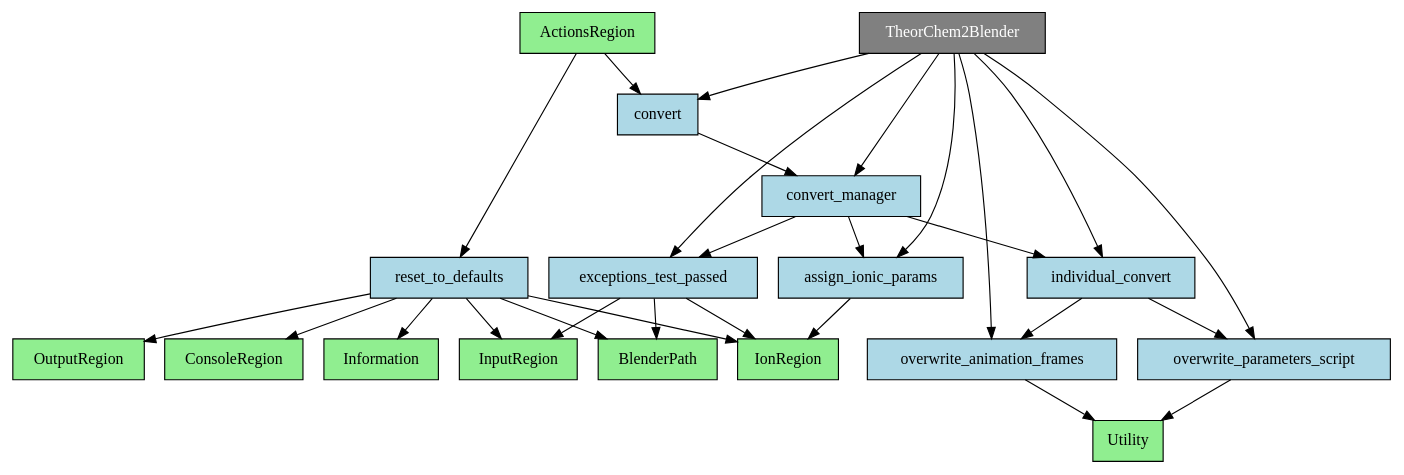
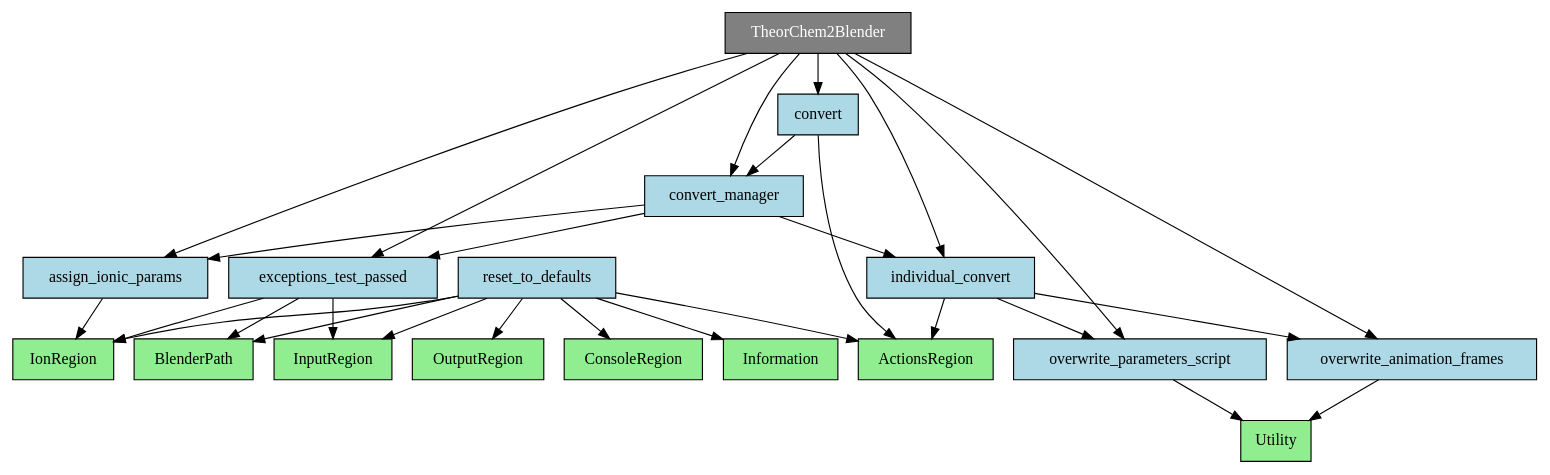
One commit to eecheve/Gaussian-2-Blender changed the third of 3 diagrams in docs/components.rst. Above: the diagram before and after it, drawn with Graphviz. The commit also changed other lines of this file, not shown here.

Commit message:
Components diagram updated
Components diagram modified

```diff
--- a/docs/components.rst
+++ b/docs/components.rst
@@ -133,60 +130,62 @@
 .. graphviz::
 
    digraph GUI {
       node [shape=box, style=filled];
 
       TheorChem2Blender [fillcolor=gray, fontcolor=white, color=black, style=filled, shape=box];
 
       assign_ionic_params [fillcolor=lightblue];
       convert [fillcolor=lightblue];
       convert_manager [fillcolor=lightblue];
       exceptions_test_passed [fillcolor=lightblue];
       individual_convert [fillcolor=lightblue];
       overwrite_animation_frames [fillcolor=lightblue];
       overwrite_parameters_script [fillcolor=lightblue];
       reset_to_defaults [fillcolor=lightblue];
 
       IonRegion [fillcolor=lightgreen];
       Utility [fillcolor=lightgreen];
       ActionsRegion [fillcolor=lightgreen];
       BlenderPath [fillcolor=lightgreen];
       OutputRegion [fillcolor=lightgreen];
       InputRegion [fillcolor=lightgreen];
       ConsoleRegion [fillcolor=lightgreen];
       Information [fillcolor=lightgreen];
 
       TheorChem2Blender -> assign_ionic_params;
       TheorChem2Blender -> convert;
       TheorChem2Blender -> convert_manager;
       TheorChem2Blender -> exceptions_test_passed;
       TheorChem2Blender -> individual_convert;
       TheorChem2Blender -> overwrite_animation_frames;
       TheorChem2Blender -> overwrite_parameters_script;
 
       assign_ionic_params -> IonRegion;
 
-      ActionsRegion -> convert;
-      ActionsRegion -> reset_to_defaults;
+      convert -> ActionsRegion;
+      reset_to_defaults -> ActionsRegion;
+      individual_convert -> ActionsRegion;
+
       convert -> convert_manager;
 
       convert_manager -> exceptions_test_passed;
       convert_manager -> assign_ionic_params;
       convert_manager -> individual_convert;
 
       exceptions_test_passed -> BlenderPath;
       exceptions_test_passed -> InputRegion;
       exceptions_test_passed -> IonRegion;
 
       individual_convert -> overwrite_animation_frames;
       individual_convert -> overwrite_parameters_script;
 
       overwrite_animation_frames -> Utility;
       overwrite_parameters_script -> Utility;
 
       reset_to_defaults -> BlenderPath;
       reset_to_defaults -> OutputRegion;
       reset_to_defaults -> InputRegion;
       reset_to_defaults -> IonRegion;
       reset_to_defaults -> ConsoleRegion;
       reset_to_defaults -> Information;
    }
```
